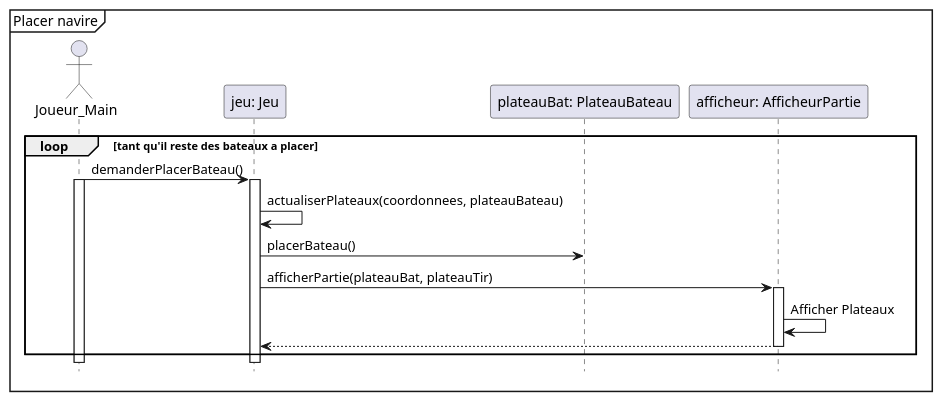
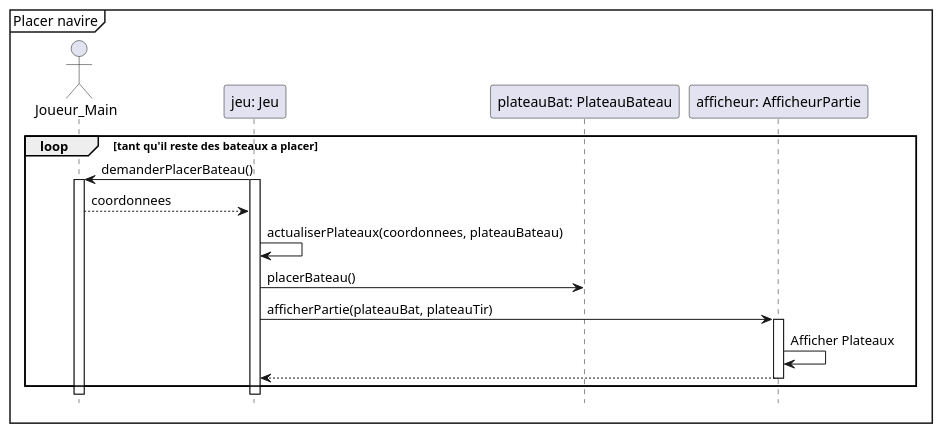
One commit to Patroklos99/5153_TP2-Battleship-AI-Pattern-Conception_Engineering2 changed the diagram in diagrammes_conception/diagrammes_sequence/placer_navire.puml. Above: the diagram before and after it, drawn with PlantUML. The commit also changed 1 other file, not shown here.

Commit message:
Modification du diagramme de séquence placer_navire

```diff
--- a/diagrammes_conception/diagrammes_sequence/placer_navire.puml
+++ b/diagrammes_conception/diagrammes_sequence/placer_navire.puml
@@ -1,25 +1,26 @@
 @startuml
 hide footbox
 mainframe Placer navire
 
 actor Joueur_Main as joueur
 participant "jeu: Jeu" as Jeu
 participant "plateauBat: PlateauBateau" as platBat
 participant "afficheur: AfficheurPartie" as AfficheurPartie
 
 
 
 loop tant qu'il reste des bateaux a placer
-joueur -> Jeu : demanderPlacerBateau()
+Jeu -> joueur : demanderPlacerBateau()
+activate Jeu
 activate joueur
-activate Jeu
+joueur --> Jeu : coordonnees
 Jeu -> Jeu : actualiserPlateaux(coordonnees, plateauBateau)
 Jeu -> platBat : placerBateau()
 Jeu -> AfficheurPartie : afficherPartie(plateauBat, plateauTir)
 activate AfficheurPartie
 AfficheurPartie -> AfficheurPartie: Afficher Plateaux
 AfficheurPartie --> Jeu
 deactivate AfficheurPartie
 end
 
 @enduml
```
